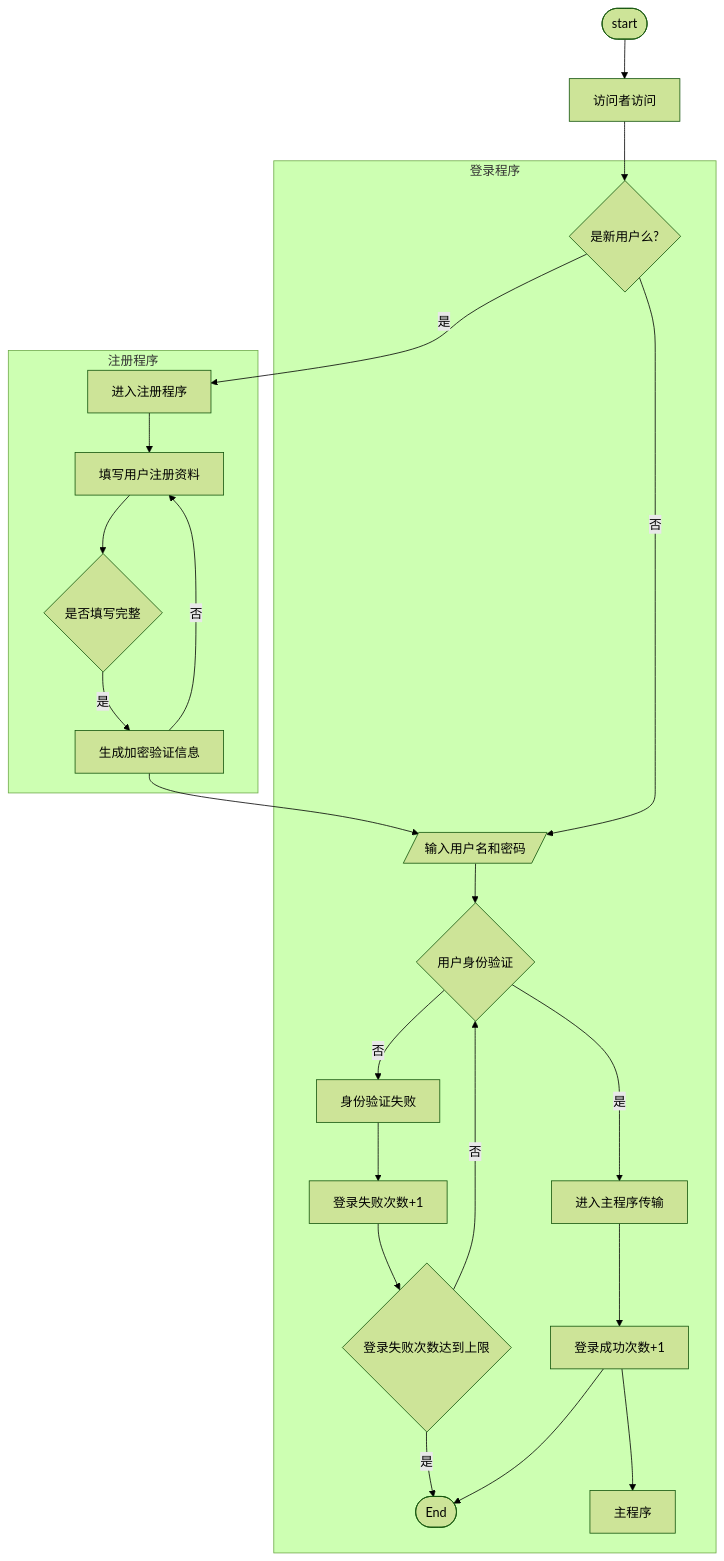
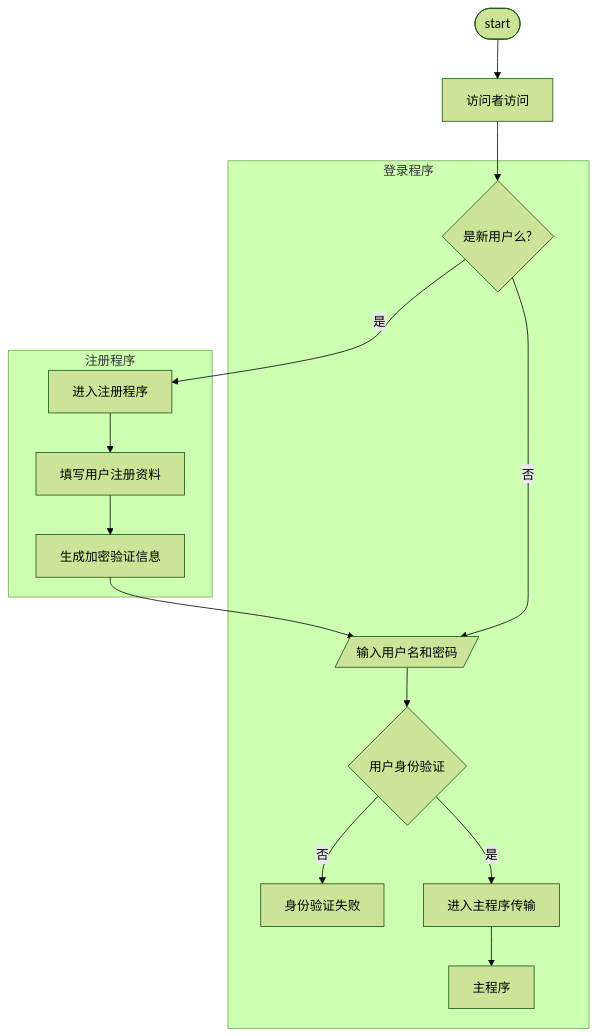
One commit to ArthurZhou/User-Authenticator changed the first of 2 diagrams in designDoc.md. Above: the diagram before and after it, drawn with Mermaid (forest theme). The commit also changed other lines of this file, not shown here.

````diff
--- a/designDoc.md
+++ b/designDoc.md
@@ -86,41 +70,34 @@
 ```mermaid
 flowchart TD;
   A([start]) --> B[访问者访问]
   B --> B1{是新用户么?}
   	    B1 --> |是| C[进入注册程序]
 					subgraph 注册程序
 		            C --> C1[填写用户注册资料]
-				          C1 --> C2{是否填写完整}
-						         C2 --> |是| C3[生成加密验证信息]
+						     C1 --> C2[生成加密验证信息]
 					end
-								             C3 --> D					 
-							     C3 --> |否| C1
+								             C2 --> D					 
 		subgraph 登录程序				  
         B1 -->|否| D[/输入用户名和密码/]
                    D --> D1{用户身份验证}
 				         D1 -->|否| D2[身份验证失败]
-						            D2 --> D3[登录失败次数+1]
-								    D3 --> D4{登录失败次数达到上限}
-								   		   D4 -->|否| D1
-			 							   D4 -->|是| Z
+								    
 								           
                          D1 -->|是| E[进入主程序传输]
-	                                E --> E1[登录成功次数+1]
-	                                E1 --> Z([End])
-									E1 --> F[主程序]
+						E --> F[主程序]
 		end
 
 
 								
 	
 	
 	
 	
 	
 	
 
 	
 
 	
 	
 ```
````
